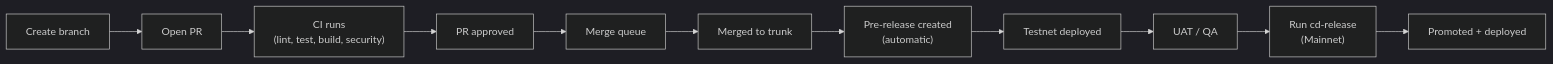
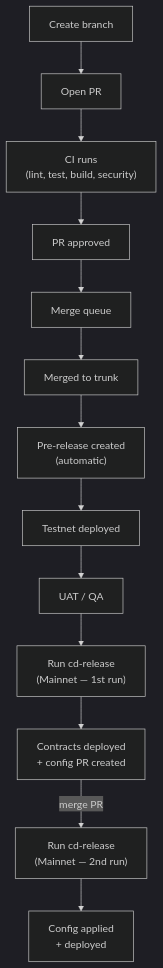
Before and after one commit to tresr-community/tresr-game: the third of 4 diagrams in docs/ci-cd.md, drawn with Mermaid (dark theme). The commit also changed other lines of this file and 19 other files, not shown here.

````diff
--- a/docs/ci-cd.md
+++ b/docs/ci-cd.md
@@ -27,13 +51,15 @@
 ```mermaid
-graph LR
+graph TD
     A["Create branch"] --> B["Open PR"]
-    B --> C["CI runs<br/>(lint, test, build, security)"]
+    B --> C["CI runs </br> (lint, test, build, security)"]
     C --> D["PR approved"]
     D --> E["Merge queue"]
     E --> F["Merged to trunk"]
-    F --> G["Pre-release created<br/>(automatic)"]
+    F --> G["Pre-release created </br> (automatic)"]
     G --> H["Testnet deployed"]
     H --> I["UAT / QA"]
-    I --> J["Run cd-release<br/>(Mainnet)"]
-    J --> K["Promoted + deployed"]
+    I --> J["Run cd-release </br> (Mainnet — 1st run)"]
+    J --> K["Contracts deployed </br> + config PR created"]
+    K -->|merge PR| L["Run cd-release </br> (Mainnet — 2nd run)"]
+    L --> M["Config applied </br> + deployed"]
 ```
````
